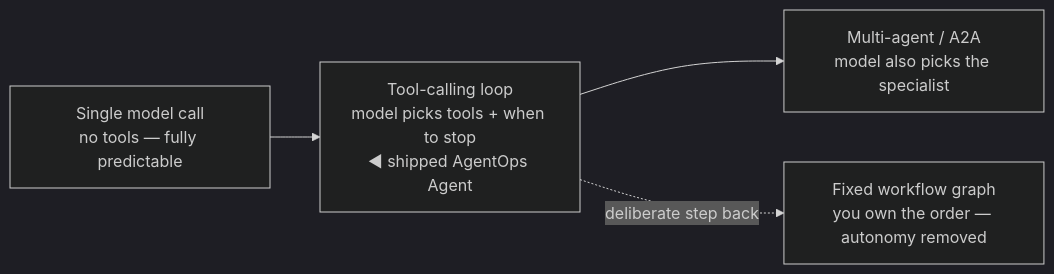
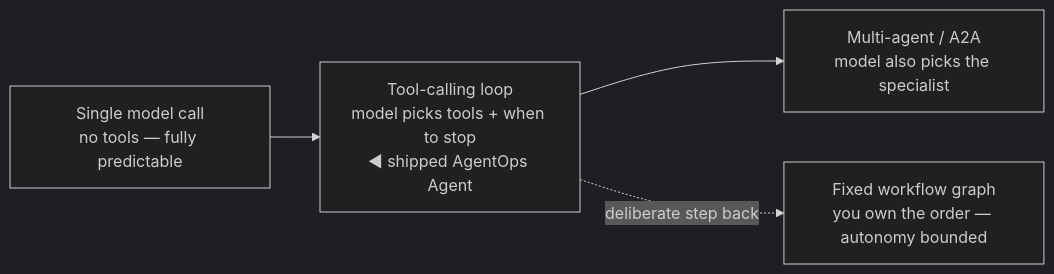
The third of 3 diagrams in docs/0. Overview/0.1. Agents.md (LuiGGi629/agentops-open-course), drawn with Mermaid (dark theme) before and after one commit. The commit also changed other lines of this file and 121 other files, not shown here.

````diff
--- a/docs/0. Overview/0.1. Agents.md
+++ b/docs/0. Overview/0.1. Agents.md
@@ -154,9 +159,9 @@
 ```mermaid
 flowchart LR
     L0["Single model call<br/>no tools — fully predictable"]
     L1["Tool-calling loop<br/>model picks tools + when to stop<br/>◀ shipped AgentOps Agent"]
     L2["Multi-agent / A2A<br/>model also picks the specialist"]
     L0 --> L1 --> L2
-    WF["Fixed workflow graph<br/>you own the order — autonomy removed"]
+    WF["Fixed workflow graph<br/>you own the order — autonomy bounded"]
     L1 -. deliberate step back .-> WF
 ```
````
